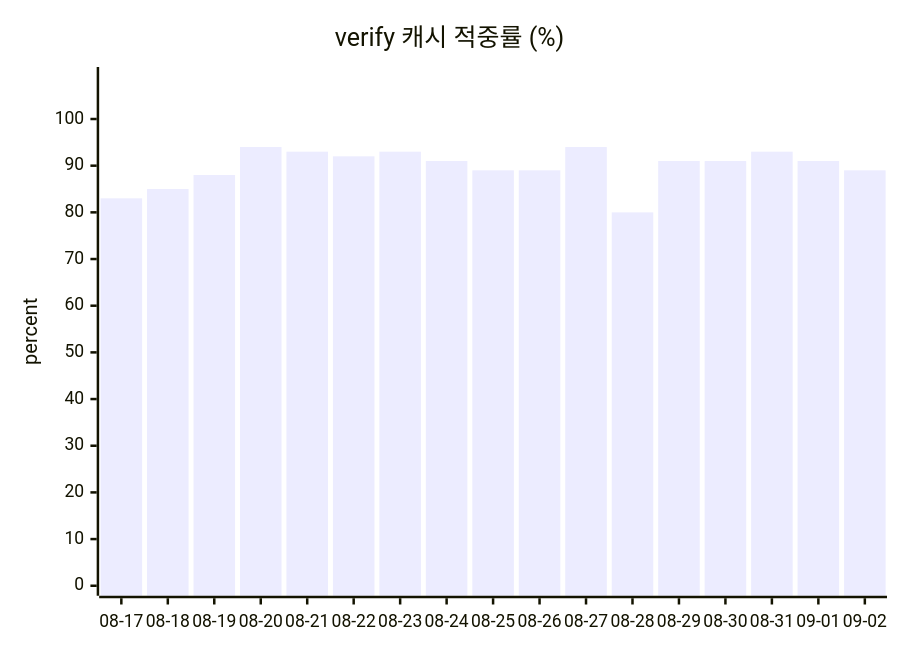
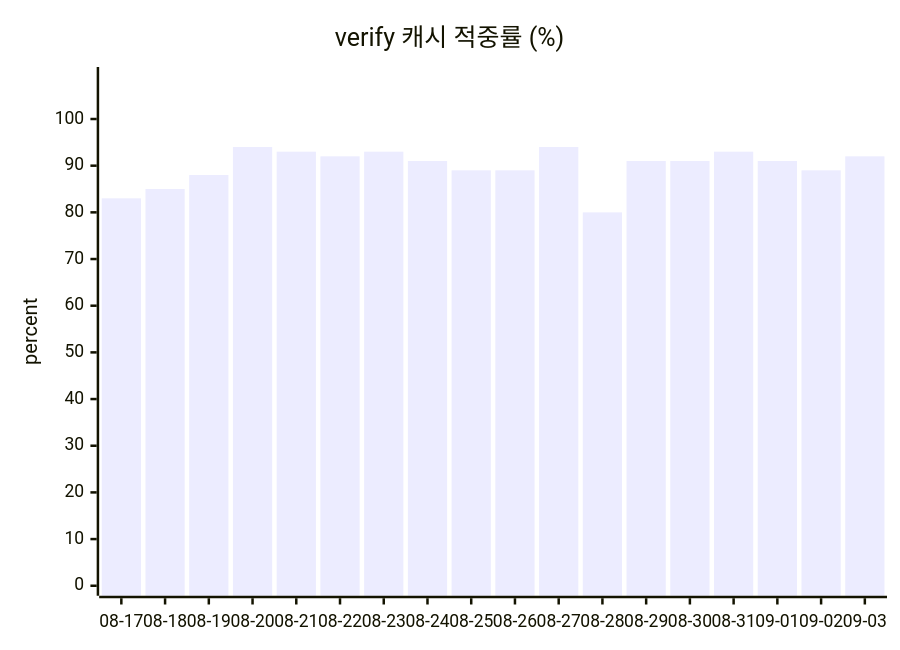
Before and after one commit to userri/PinQ-backend: the second of 2 diagrams in docs/data/token-usage.md, drawn with Mermaid. The commit also changed other lines of this file and 3 other files, not shown here.

````diff
--- a/docs/data/token-usage.md
+++ b/docs/data/token-usage.md
@@ -97,7 +100,7 @@
 ```mermaid
 xychart-beta
     title "verify 캐시 적중률 (%)"
-    x-axis ["08-17", "08-18", "08-19", "08-20", "08-21", "08-22", "08-23", "08-24", "08-25", "08-26", "08-27", "08-28", "08-29", "08-30", "08-31", "09-01", "09-02"]
+    x-axis ["08-17", "08-18", "08-19", "08-20", "08-21", "08-22", "08-23", "08-24", "08-25", "08-26", "08-27", "08-28", "08-29", "08-30", "08-31", "09-01", "09-02", "09-03"]
     y-axis "percent" 0 --> 109
-    bar [83, 85, 88, 94, 93, 92, 93, 91, 89, 89, 94, 80, 91, 91, 93, 91, 89]
+    bar [83, 85, 88, 94, 93, 92, 93, 91, 89, 89, 94, 80, 91, 91, 93, 91, 89, 92]
 ```
````
